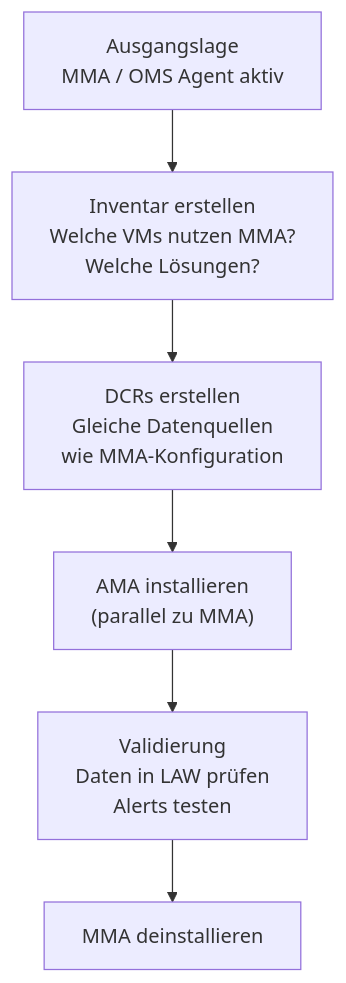
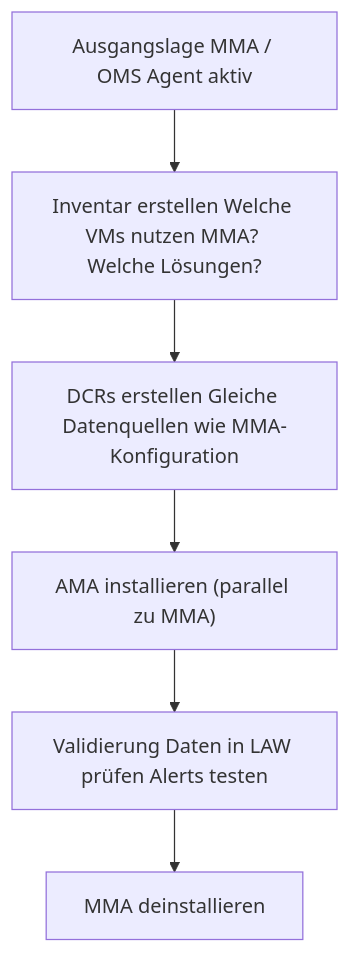
The sixth of 6 diagrams in Microsoft 365/Azure/Monitor und Management/Azure Monitor Agent.md (SoniiiT/notes-n-docs), drawn with Mermaid before and after one commit. The commit also changed other lines of this file and 124 other files, not shown here.

First line of the commit message:
fix: Entferne \n aus allen Mermaid-Diagrammen (125 Dateien)

````diff
--- a/Microsoft 365/Azure/Monitor und Management/Azure Monitor Agent.md
+++ b/Microsoft 365/Azure/Monitor und Management/Azure Monitor Agent.md
@@ -358,15 +358,15 @@
 ```mermaid
 graph TD
-    Start["Ausgangslage\nMMA / OMS Agent aktiv"]
-    Inv["Inventar erstellen\nWelche VMs nutzen MMA?\nWelche Lösungen?"]
-    DCR["DCRs erstellen\nGleiche Datenquellen\nwie MMA-Konfiguration"]
-    Install["AMA installieren\n(parallel zu MMA)"]
-    Validate["Validierung\nDaten in LAW prüfen\nAlerts testen"]
+    Start["Ausgangslage MMA / OMS Agent aktiv"]
+    Inv["Inventar erstellen Welche VMs nutzen MMA? Welche Lösungen?"]
+    DCR["DCRs erstellen Gleiche Datenquellen wie MMA-Konfiguration"]
+    Install["AMA installieren (parallel zu MMA)"]
+    Validate["Validierung Daten in LAW prüfen Alerts testen"]
     Remove["MMA deinstallieren"]
 
     Start --> Inv
     Inv --> DCR
     DCR --> Install
     Install --> Validate
     Validate --> Remove
 ```
````
